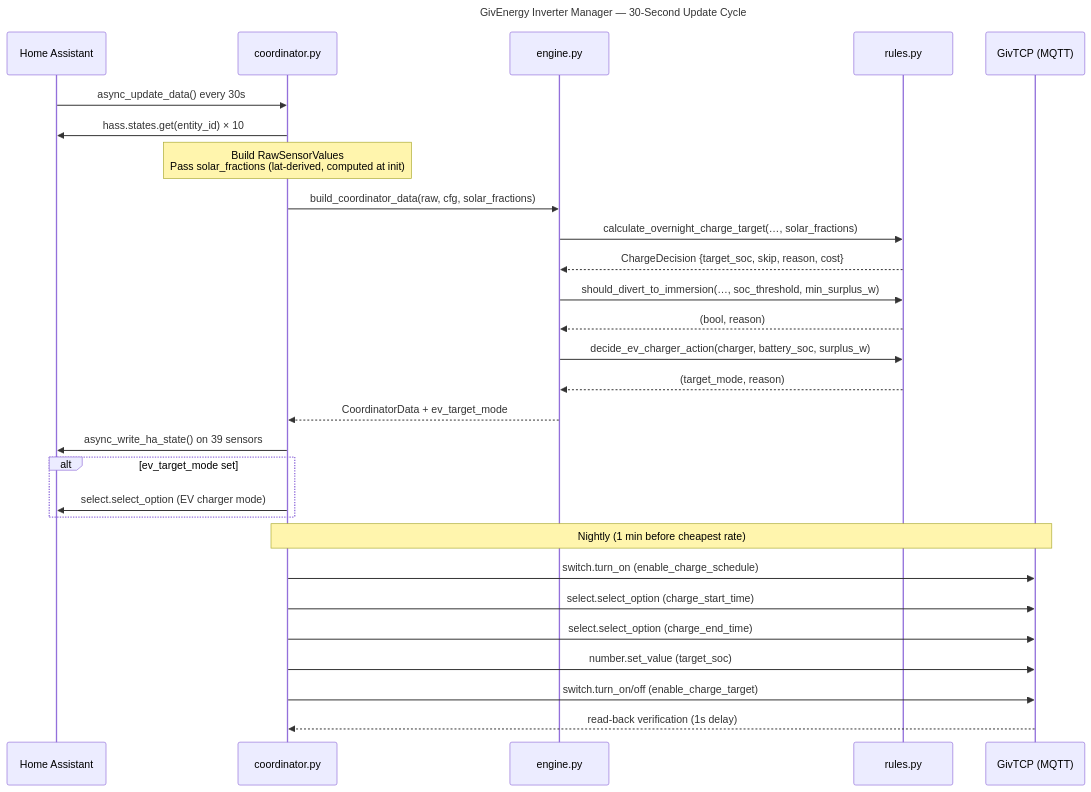
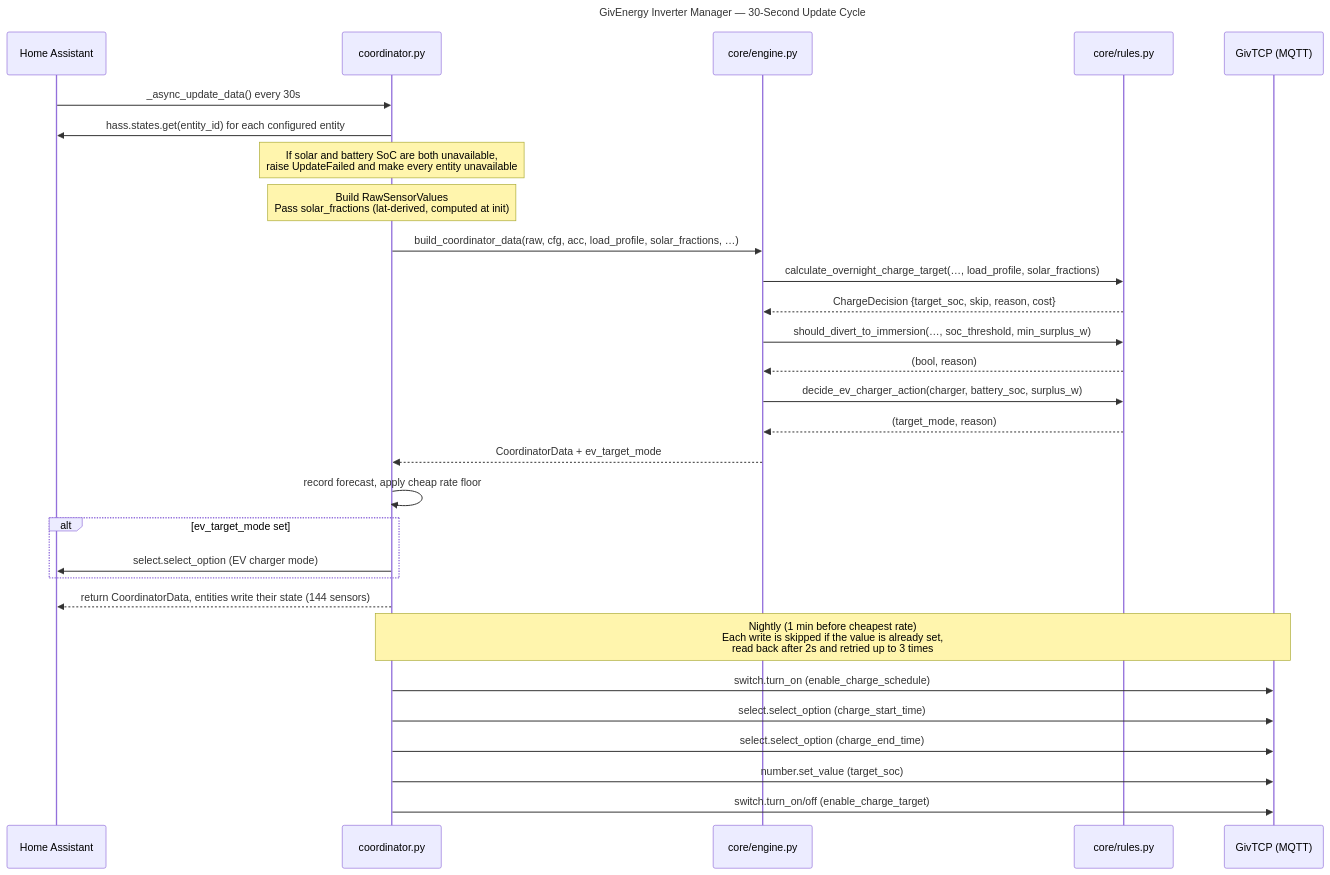
The diagram in docs/update-cycle.mermaid (macuistin/givenergy_inverter_manager), drawn with Mermaid before and after one commit. The commit also changed 13 other files, not shown here.

First line of the commit message:
docs: bring REQUIREMENTS, CLAUDE, ROADMAP, diagrams and upgrade notes up to date

```diff
--- a/docs/update-cycle.mermaid
+++ b/docs/update-cycle.mermaid
@@ -1,40 +1,42 @@
 ---
 title: GivEnergy Inverter Manager — 30-Second Update Cycle
 ---
 sequenceDiagram
     participant HA as Home Assistant
     participant CO as coordinator.py
-    participant EN as engine.py
-    participant RU as rules.py
+    participant EN as core/engine.py
+    participant RU as core/rules.py
     participant GTC as GivTCP (MQTT)
 
-    HA->>CO: async_update_data() every 30s
-    CO->>HA: hass.states.get(entity_id) × 10
+    HA->>CO: _async_update_data() every 30s
+    CO->>HA: hass.states.get(entity_id) for each configured entity
+    Note over CO: If solar and battery SoC are both unavailable,<br/>raise UpdateFailed and make every entity unavailable
     Note over CO: Build RawSensorValues<br/>Pass solar_fractions (lat-derived, computed at init)
 
-    CO->>EN: build_coordinator_data(raw, cfg, solar_fractions)
+    CO->>EN: build_coordinator_data(raw, cfg, acc, load_profile, solar_fractions, …)
 
-    EN->>RU: calculate_overnight_charge_target(…, solar_fractions)
+    EN->>RU: calculate_overnight_charge_target(…, load_profile, solar_fractions)
     RU-->>EN: ChargeDecision {target_soc, skip, reason, cost}
 
     EN->>RU: should_divert_to_immersion(…, soc_threshold, min_surplus_w)
     RU-->>EN: (bool, reason)
 
     EN->>RU: decide_ev_charger_action(charger, battery_soc, surplus_w)
     RU-->>EN: (target_mode, reason)
 
     EN-->>CO: CoordinatorData + ev_target_mode
 
-    CO->>HA: async_write_ha_state() on 39 sensors
+    CO->>CO: record forecast, apply cheap rate floor
 
     alt ev_target_mode set
         CO->>HA: select.select_option (EV charger mode)
     end
 
-    Note over CO,GTC: Nightly (1 min before cheapest rate)
+    CO-->>HA: return CoordinatorData, entities write their state (144 sensors)
+
+    Note over CO,GTC: Nightly (1 min before cheapest rate)<br/>Each write is skipped if the value is already set,<br/>read back after 2s and retried up to 3 times
     CO->>GTC: switch.turn_on (enable_charge_schedule)
     CO->>GTC: select.select_option (charge_start_time)
     CO->>GTC: select.select_option (charge_end_time)
     CO->>GTC: number.set_value (target_soc)
     CO->>GTC: switch.turn_on/off (enable_charge_target)
-    GTC-->>CO: read-back verification (1s delay)
```
